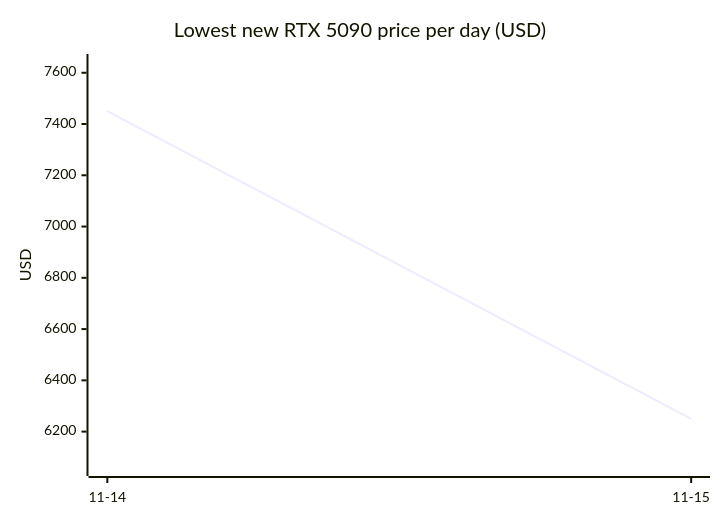
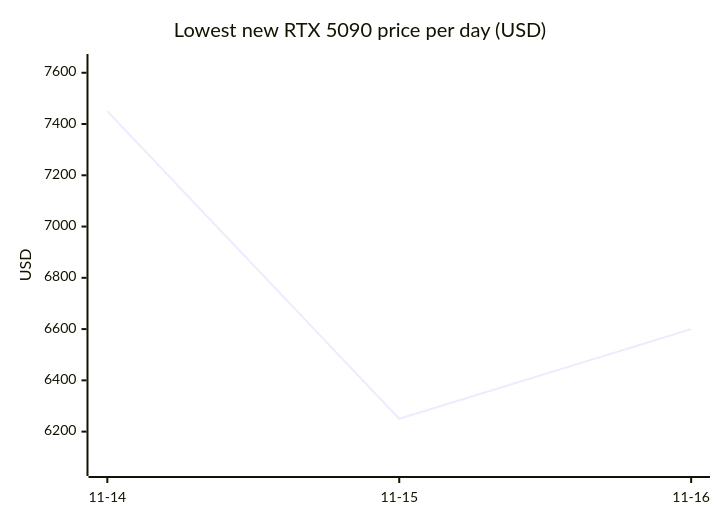
One commit to 7324136828/4tb_ssd_price_watch changed the sixth of 16 diagrams in README.md. Above: the diagram before and after it, drawn with Mermaid. The commit also changed other lines of this file, not shown here.

````diff
--- a/README.md
+++ b/README.md
@@ -341,7 +405,7 @@
 ```mermaid
 xychart-beta
     title "Lowest new RTX 5090 price per day (USD)"
-    x-axis ["11-14", "11-15"]
+    x-axis ["11-14", "11-15", "11-16"]
     y-axis "USD" 6060 --> 7640
-    line [7450.00, 6249.99]
+    line [7450.00, 6249.99, 6599.99]
 ```
````
